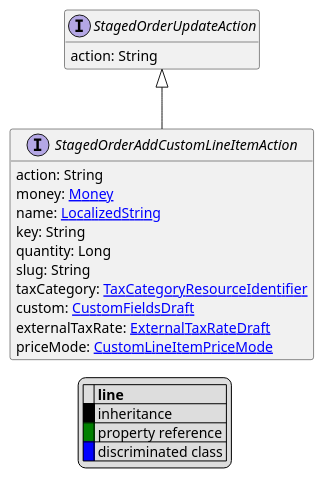
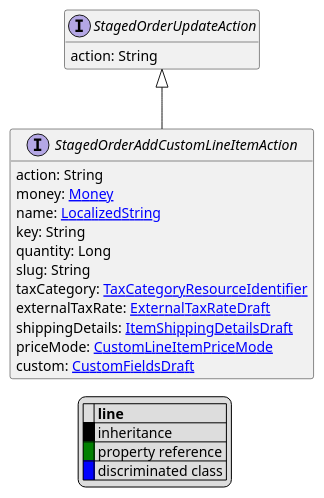
Before and after one commit to commercetools/commercetools-api-reference: the diagram in uml/api/StagedOrderAddCustomLineItemAction.puml, drawn with PlantUML. The commit also changed 169 other files, not shown here.

```diff
--- a/uml/api/StagedOrderAddCustomLineItemAction.puml
+++ b/uml/api/StagedOrderAddCustomLineItemAction.puml
@@ -1,31 +1,32 @@
 @startuml
 
 hide empty fields
 hide empty methods
 legend
 |= |= line |
 |<back:black>   </back>| inheritance |
 |<back:green>   </back>| property reference |
 |<back:blue>   </back>| discriminated class |
 endlegend
 interface StagedOrderAddCustomLineItemAction [[StagedOrderAddCustomLineItemAction.svg]] extends StagedOrderUpdateAction {
     action: String
     money: [[Money.svg Money]]
     name: [[LocalizedString.svg LocalizedString]]
     key: String
     quantity: Long
     slug: String
     taxCategory: [[TaxCategoryResourceIdentifier.svg TaxCategoryResourceIdentifier]]
+    externalTaxRate: [[ExternalTaxRateDraft.svg ExternalTaxRateDraft]]
+    shippingDetails: [[ItemShippingDetailsDraft.svg ItemShippingDetailsDraft]]
+    priceMode: [[CustomLineItemPriceMode.svg CustomLineItemPriceMode]]
     custom: [[CustomFieldsDraft.svg CustomFieldsDraft]]
-    externalTaxRate: [[ExternalTaxRateDraft.svg ExternalTaxRateDraft]]
-    priceMode: [[CustomLineItemPriceMode.svg CustomLineItemPriceMode]]
 }
 interface StagedOrderUpdateAction [[StagedOrderUpdateAction.svg]]  {
     action: String
 }
 
 
 
 
 
 @enduml
```
